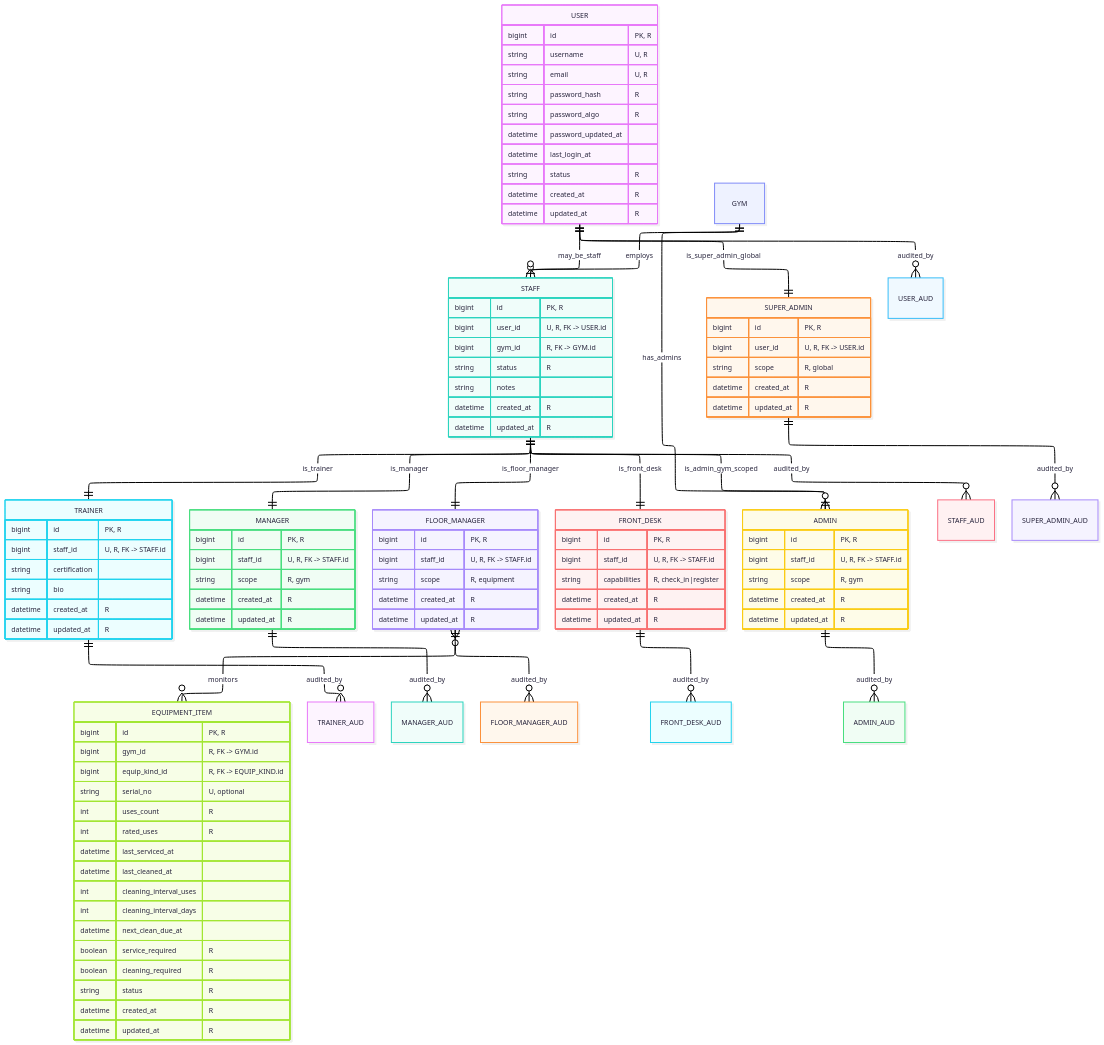
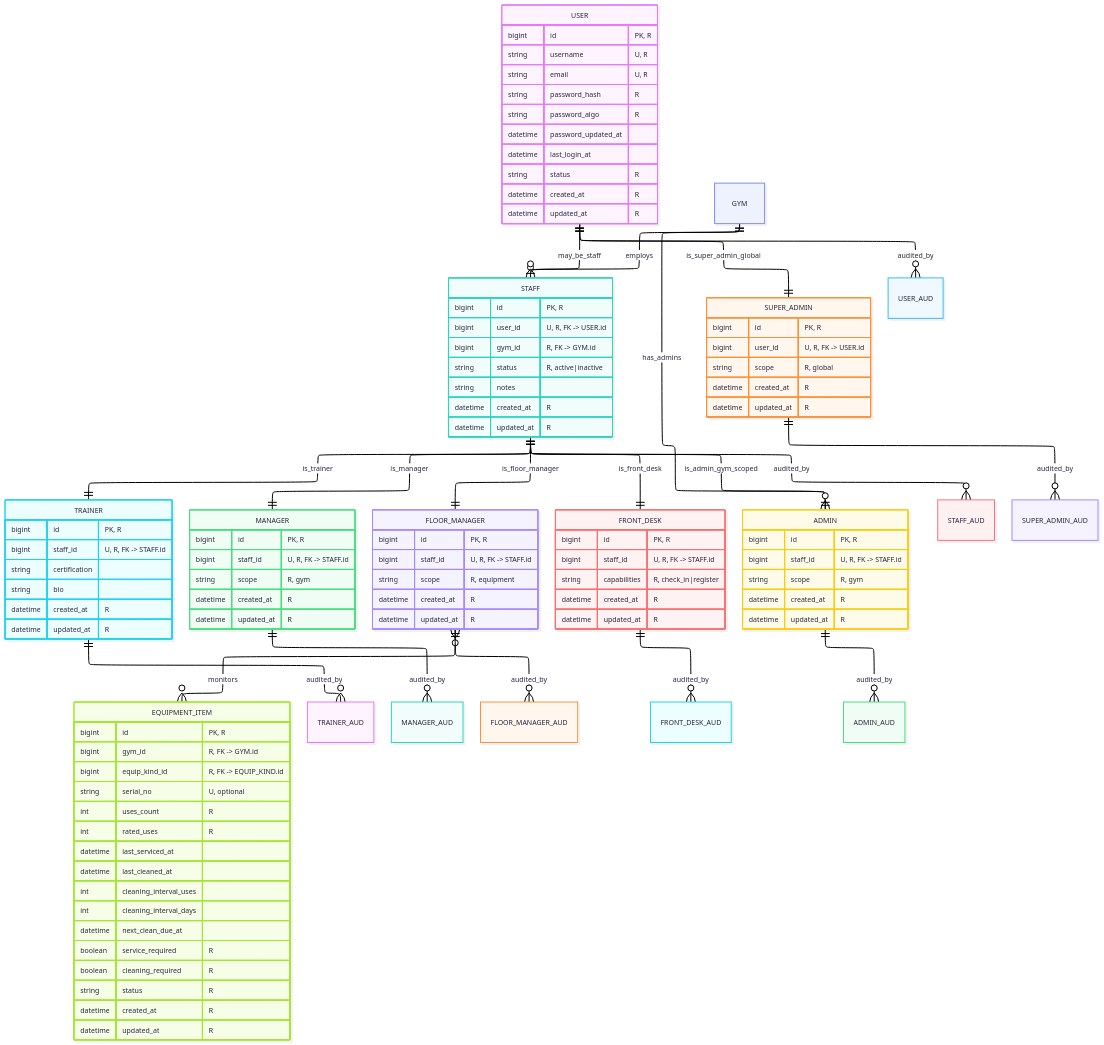
The third of 7 diagrams in docs/ERDs.md (jic48-rutgers/FitDB), drawn with Mermaid before and after one commit. The commit also changed other lines of this file, not shown here.

```diff
--- a/docs/ERDs.md
+++ b/docs/ERDs.md
@@ -235,7 +253,7 @@
         bigint id "PK, R"
         bigint user_id "U, R, FK -> USER.id"
         bigint gym_id "R, FK -> GYM.id"
-        string status "R"
+        string status "R, active|inactive"
         string notes ""
         datetime created_at "R"
         datetime updated_at "R"
```
